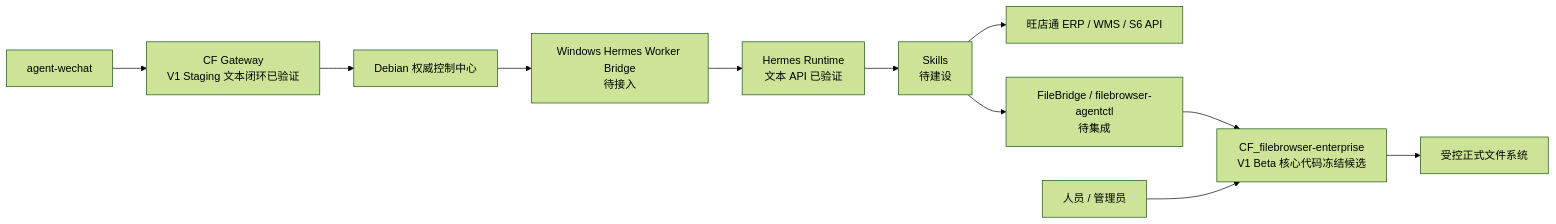
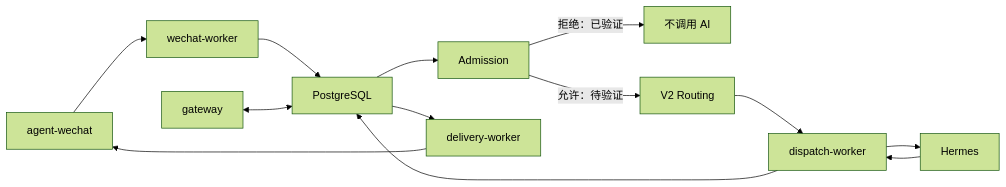
One commit to Tangbohu09527/CF_ecommerce-automation-docs changed the diagram in architecture/component-map.md. Above: the diagram before and after it, drawn with Mermaid (forest theme). The commit also changed other lines of this file and 15 other files, not shown here.

Commit message:
docs: sync WeChat gateway production architecture and status

````diff
--- a/architecture/component-map.md
+++ b/architecture/component-map.md
@@ -23,13 +21,10 @@
 ```mermaid
 flowchart LR
-    A["agent-wechat"] --> G["CF Gateway<br/>V1 Staging 文本闭环已验证"]
-    G --> D["Debian 权威控制中心"]
-    D --> B["Windows Hermes Worker Bridge<br/>待接入"]
-    B --> H["Hermes Runtime<br/>文本 API 已验证"]
-    H --> S["Skills<br/>待建设"]
-    S --> E["旺店通 ERP / WMS / S6 API"]
-    S --> C["FileBridge / filebrowser-agentctl<br/>待集成"]
-    C --> F["CF_filebrowser-enterprise<br/>V1 Beta 核心代码冻结候选"]
-    U["人员 / 管理员"] --> F
-    F --> FS["受控正式文件系统"]
+    AW["agent-wechat"] --> WW["wechat-worker"] --> PG["PostgreSQL"]
+    PG --> AD["Admission"]
+    AD -->|"拒绝：已验证"| R["不调用 AI"]
+    AD -->|"允许：待验证"| VR["V2 Routing"] --> DW["dispatch-worker"]
+    DW --> H["Hermes"] --> DW
+    DW --> PG --> DLW["delivery-worker"] --> AW
+    G["gateway"] <--> PG
 ```
````
